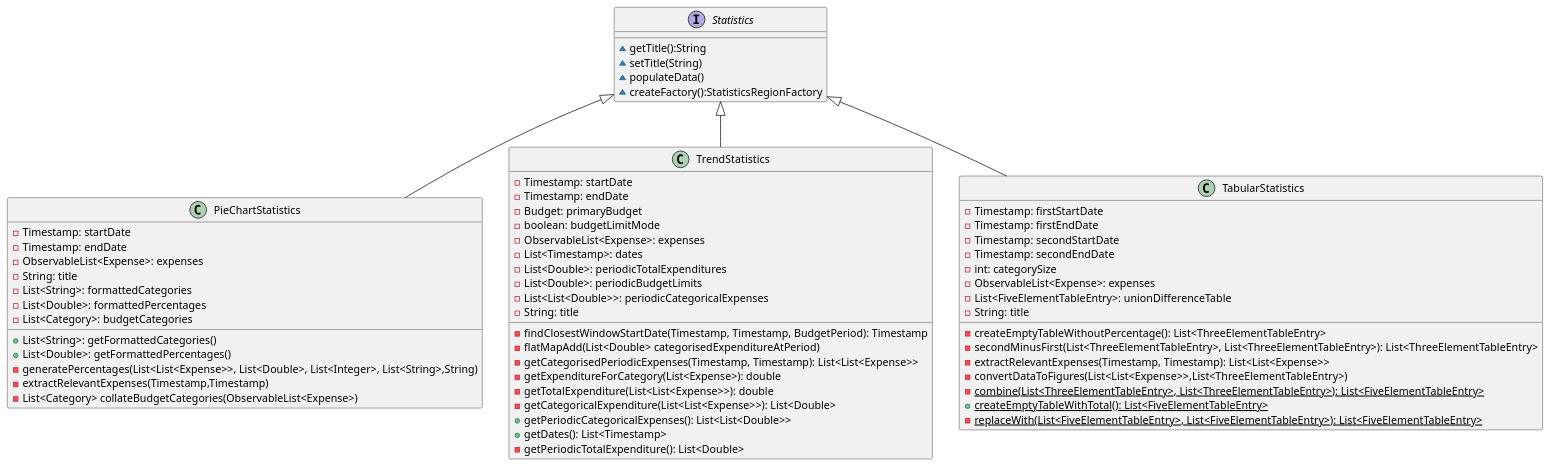
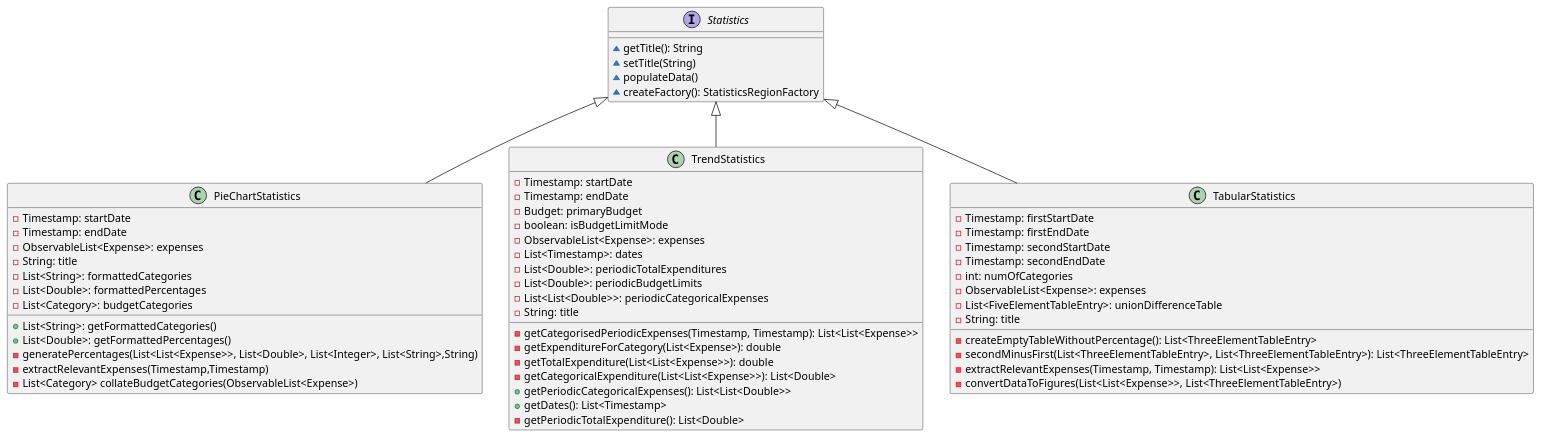
One commit to nus-cs2103-AY1920S1/addressbook-level3 changed the diagram in docs/diagrams/StatisticsClassDiagram.puml. Above: the diagram before and after it, drawn with PlantUML. The commit also changed 8 other files, not shown here.

```diff
--- a/docs/diagrams/StatisticsClassDiagram.puml
+++ b/docs/diagrams/StatisticsClassDiagram.puml
@@ -1,79 +1,74 @@
 @startuml
 
 
 
 interface Statistics {
-~getTitle():String
+~getTitle(): String
 ~setTitle(String)
 ~populateData()
-~createFactory():StatisticsRegionFactory
+~createFactory(): StatisticsRegionFactory
 }
 
 
 
 class PieChartStatistics {
 -Timestamp: startDate
 -Timestamp: endDate
 -ObservableList<Expense>: expenses
 -String: title
 -List<String>: formattedCategories
 -List<Double>: formattedPercentages
 -List<Category>: budgetCategories
 
 +List<String>: getFormattedCategories()
 +List<Double>: getFormattedPercentages()
 -generatePercentages(List<List<Expense>>, List<Double>, List<Integer>, List<String>,String)
 -extractRelevantExpenses(Timestamp,Timestamp)
 -List<Category> collateBudgetCategories(ObservableList<Expense>)
 }
 
 
 
 
 class TrendStatistics {
 -Timestamp: startDate
 -Timestamp: endDate
 -Budget: primaryBudget
--boolean: budgetLimitMode
+-boolean: isBudgetLimitMode
 -ObservableList<Expense>: expenses
 -List<Timestamp>: dates
 -List<Double>: periodicTotalExpenditures
 -List<Double>: periodicBudgetLimits
 -List<List<Double>>: periodicCategoricalExpenses
 -String: title
 
--findClosestWindowStartDate(Timestamp, Timestamp, BudgetPeriod): Timestamp
--flatMapAdd(List<Double> categorisedExpenditureAtPeriod)
 -getCategorisedPeriodicExpenses(Timestamp, Timestamp): List<List<Expense>>
 -getExpenditureForCategory(List<Expense>): double
 -getTotalExpenditure(List<List<Expense>>): double
 -getCategoricalExpenditure(List<List<Expense>>): List<Double>
 +getPeriodicCategoricalExpenses(): List<List<Double>>
 +getDates(): List<Timestamp>
 -getPeriodicTotalExpenditure(): List<Double>
 }
 
 class TabularStatistics {
 -Timestamp: firstStartDate
 -Timestamp: firstEndDate
 -Timestamp: secondStartDate
 -Timestamp: secondEndDate
--int: categorySize
+-int: numOfCategories
 -ObservableList<Expense>: expenses
 -List<FiveElementTableEntry>: unionDifferenceTable
 -String: title
 -createEmptyTableWithoutPercentage(): List<ThreeElementTableEntry>
 -secondMinusFirst(List<ThreeElementTableEntry>, List<ThreeElementTableEntry>): List<ThreeElementTableEntry>
 -extractRelevantExpenses(Timestamp, Timestamp): List<List<Expense>>
--convertDataToFigures(List<List<Expense>>,List<ThreeElementTableEntry>)
--{static} combine(List<ThreeElementTableEntry>, List<ThreeElementTableEntry>): List<FiveElementTableEntry>
-+{static} createEmptyTableWithTotal(): List<FiveElementTableEntry>
--{static} replaceWith(List<FiveElementTableEntry>, List<FiveElementTableEntry>): List<FiveElementTableEntry>
+-convertDataToFigures(List<List<Expense>>, List<ThreeElementTableEntry>)
 }
 
 
 Statistics <|-- PieChartStatistics
 Statistics <|-- TabularStatistics
 Statistics <|-- TrendStatistics
 
 @enduml
```
